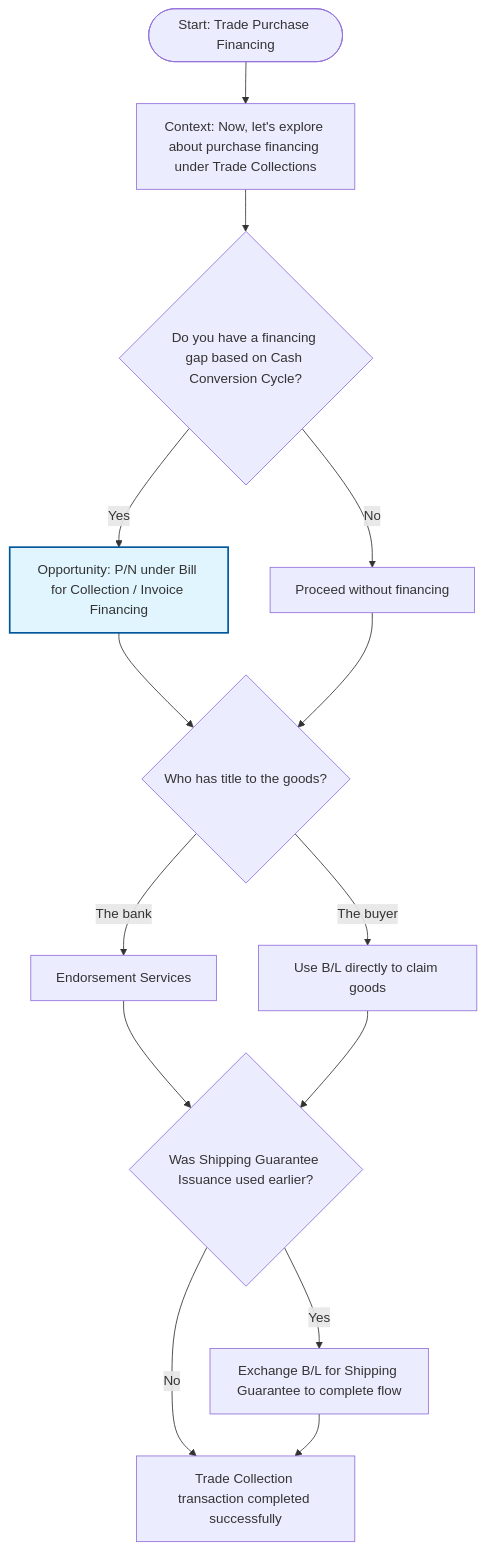
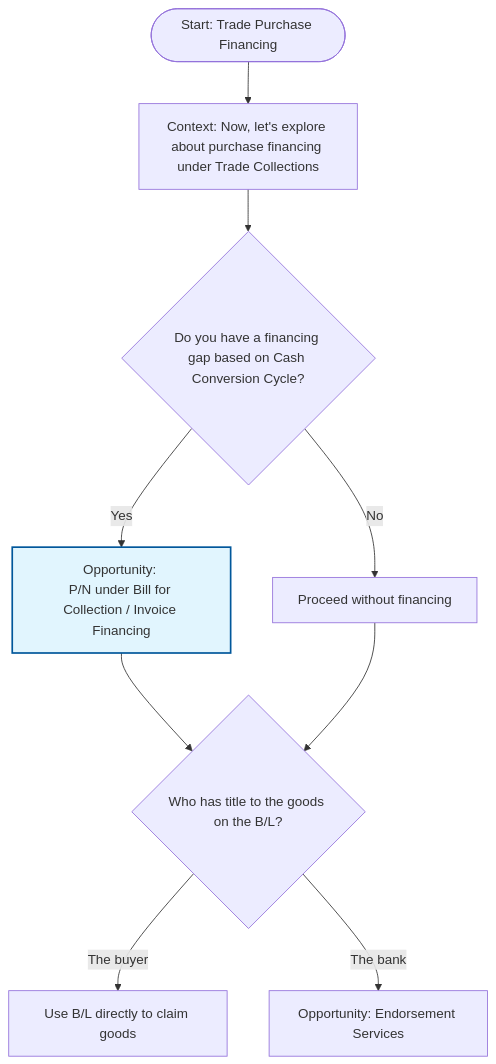
The diagram in tvc_decision_trees/collection_decision_trees/purchase_financing_tree.md (sage-develop/why), drawn with Mermaid before and after one commit. The commit also changed 2 other files, not shown here.

Commit message:
fix as discussed

````diff
--- a/tvc_decision_trees/collection_decision_trees/purchase_financing_tree.md
+++ b/tvc_decision_trees/collection_decision_trees/purchase_financing_tree.md
@@ -19,22 +19,16 @@
 ```mermaid
 %% Trade Finance Collection Decision Tree
 
 flowchart TD
-   J{"Do you have a financing gap based on Cash Conversion Cycle?"} -- Yes --> K["Opportunity: P/N under Bill for Collection / Invoice Financing"]
-   J -- No --> L["Proceed without financing"]
-   K --> M{"Who has title to the goods?"}
-   L --> M
-   M -- The buyer --> N["Use B/L directly to claim goods"]
-   M -- The bank --> O["Endorsement Services"]
-   O --> P{"Was Shipping Guarantee Issuance used earlier?"}
-   N --> P
-   P -- Yes --> Q["Exchange B/L for Shipping Guarantee to complete flow"]
-   P -- No --> R["Trade Collection transaction completed successfully"]
-   Q --> R
-   A(["Start: Trade Purchase Financing"]) --> n1@{ label: "Context: Now, let's explore about purchase financing under Trade Collections" }
-   n1 --> J
+    J{"Do you have a financing gap based on Cash Conversion Cycle?"} -- Yes --> K["Opportunity: <br>P/N under Bill for Collection / Invoice Financing"]
+    J -- No --> L["Proceed without financing"]
+    K --> M{"Who has title to the goods on the B/L?"}
+    L --> M
+    M -- The buyer --> N["Use B/L directly to claim goods"]
+    M -- The bank --> O["Opportunity: Endorsement Services"]
+    A(["Start: Trade Purchase Financing"]) --> n1@{ label: "Context: Now, let's explore about purchase financing under Trade Collections" }
+    n1 --> J
 
-
-   K:::productBox
-   classDef productBox fill:#e1f5fe,stroke:#01579b,stroke-width:2px
+     K:::productBox
+    classDef productBox fill:#e1f5fe,stroke:#01579b,stroke-width:2px
 ```
````
